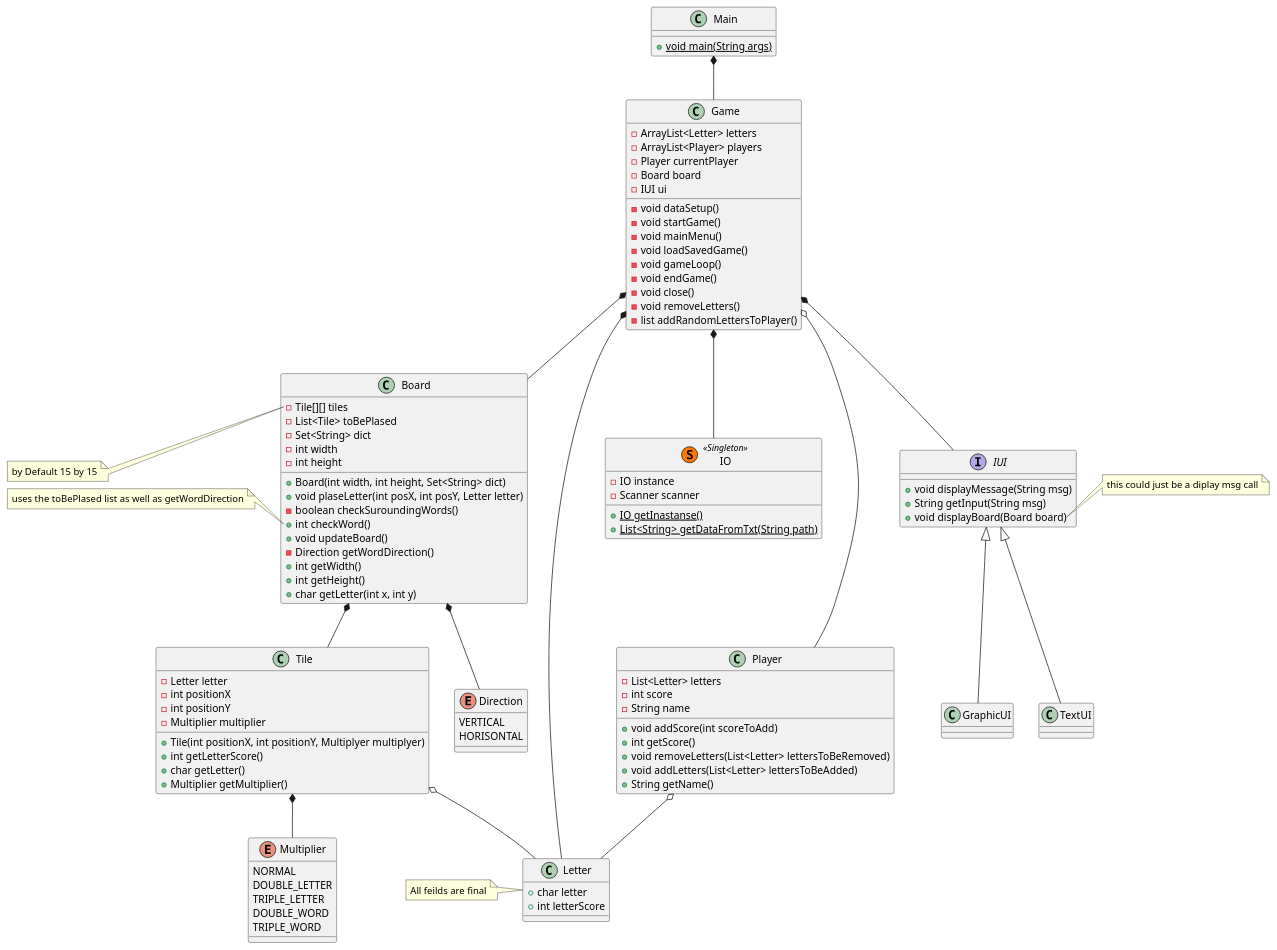
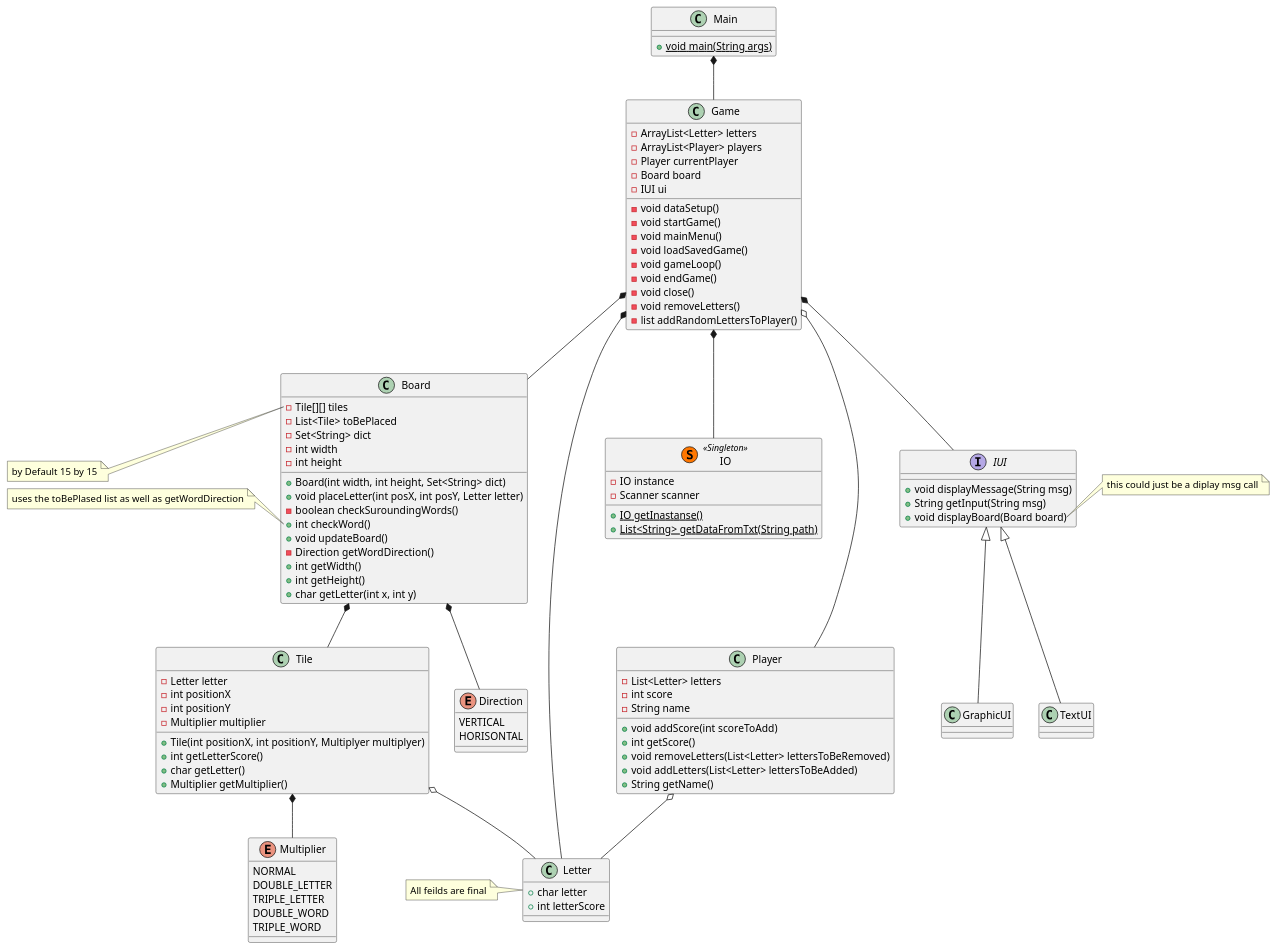
The diagram in doc/classdiagram.puml (cph-dh223/ICE), drawn with PlantUML before and after one commit. The commit also changed 2 other files, not shown here.

Commit message:
14 boardplaceletterx y letter (#45)
* Fixed spelling and initial commit.

* Removing throw exception to start on place letter

* Tile = tiles = tile = Tiles

* New tile constructor and call method for the tmp list

```diff
--- a/doc/classdiagram.puml
+++ b/doc/classdiagram.puml
@@ -1,129 +1,129 @@
 @startuml classDiagram
 
 class Main{
     +{static} void main(String args)
 }
 
 class Game{
     - ArrayList<Letter> letters
     - ArrayList<Player> players
     - Player currentPlayer
     - Board board
     - IUI ui
 
     - void dataSetup()
     - void startGame()
     - void mainMenu()
     - void loadSavedGame()
     - void gameLoop()
     - void endGame()
     - void close()
     - void removeLetters()
     - list addRandomLettersToPlayer()
 }
 interface IUI{
     + void displayMessage(String msg)
     + String getInput(String msg)
     + void displayBoard(Board board)
 }
 note right of IUI::displayBoard
     this could just be a diplay msg call
 end note
 
 class GraphicUI{}
 
 class TextUI{}
 
 class IO << (S,#FF7700) Singleton >>{
     - IO instance
     - Scanner scanner
 
     + {static} IO getInastanse()
     + {static} List<String> getDataFromTxt(String path)
 }
 
 class Tile{
     - Letter letter
     - int positionX 
     - int positionY
     - Multiplier multiplier
 
     + Tile(int positionX, int positionY, Multiplyer multiplyer)
     + int getLetterScore()
     + char getLetter()
     + Multiplier getMultiplier()
 }
 enum Multiplier {
     NORMAL
     DOUBLE_LETTER
     TRIPLE_LETTER
     DOUBLE_WORD
     TRIPLE_WORD
 }
 
 class Board{
     - Tile[][] tiles
-    - List<Tile> toBePlased
+    - List<Tile> toBePlaced
     - Set<String> dict
     - int width
     - int height
 
     + Board(int width, int height, Set<String> dict)
-    + void plaseLetter(int posX, int posY, Letter letter)
+    + void placeLetter(int posX, int posY, Letter letter)
     - boolean checkSuroundingWords()
     + int checkWord()
     + void updateBoard()
     - Direction getWordDirection()
     + int getWidth()
     + int getHeight()
     + char getLetter(int x, int y)
 }
 
 enum Direction{
     VERTICAL
     HORISONTAL
 }
 
 note left of Board::tiles
     by Default 15 by 15
 end note
 note left of Board::checkWord
     uses the toBePlased list as well as getWordDirection
 end note
 
 class Player{
     - List<Letter> letters
     - int score
     - String name
 
     + void addScore(int scoreToAdd)
     + int getScore()
     + void removeLetters(List<Letter> lettersToBeRemoved)
     + void addLetters(List<Letter> lettersToBeAdded)
     + String getName()
 
 }
 
 class Letter{
     + char letter
     + int letterScore
 }
 note left of Letter
     All feilds are final
 end note
 
 Main *-- Game
 Game o-- Player
 Game *-- Board 
 Board *-- Tile
 Board *-- Direction
 Game *-- Letter
 Player o-- Letter
 Game *-- IUI
 Game *-- IO
 IUI <|-- TextUI
 IUI <|-- GraphicUI
 Tile o-- Letter
 Tile *-- Multiplier
   
 @enduml
```
